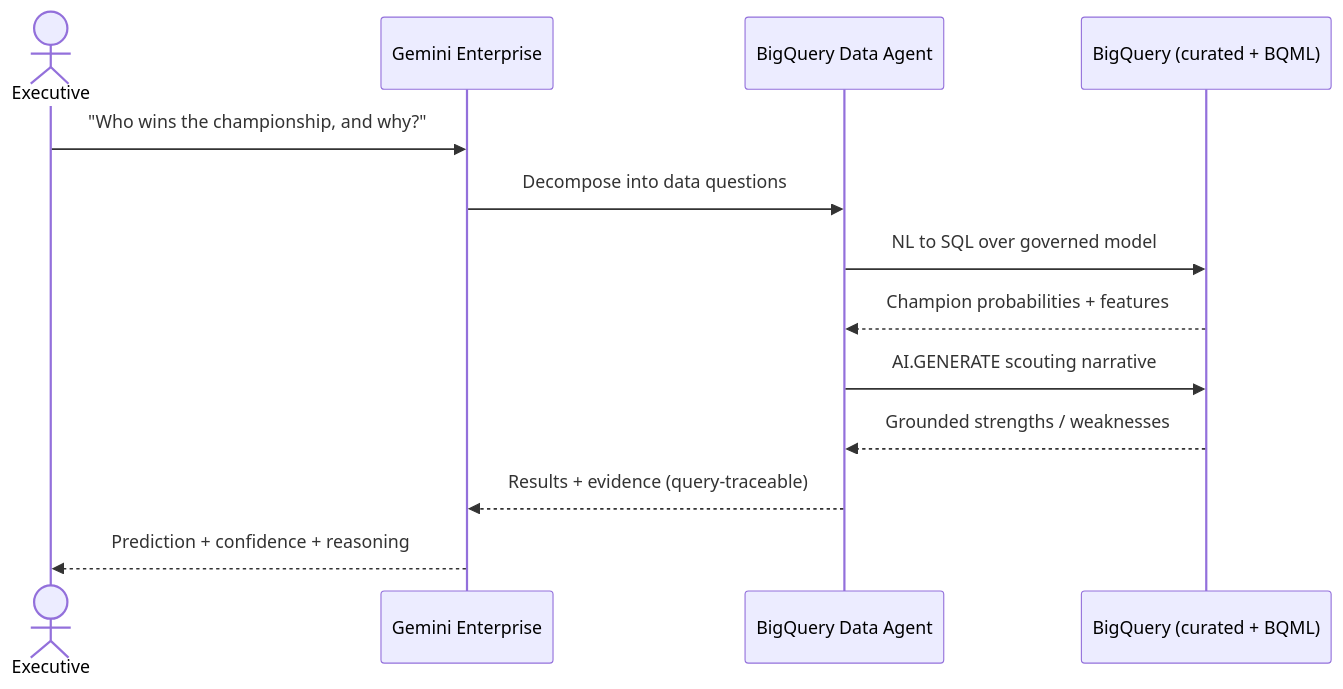
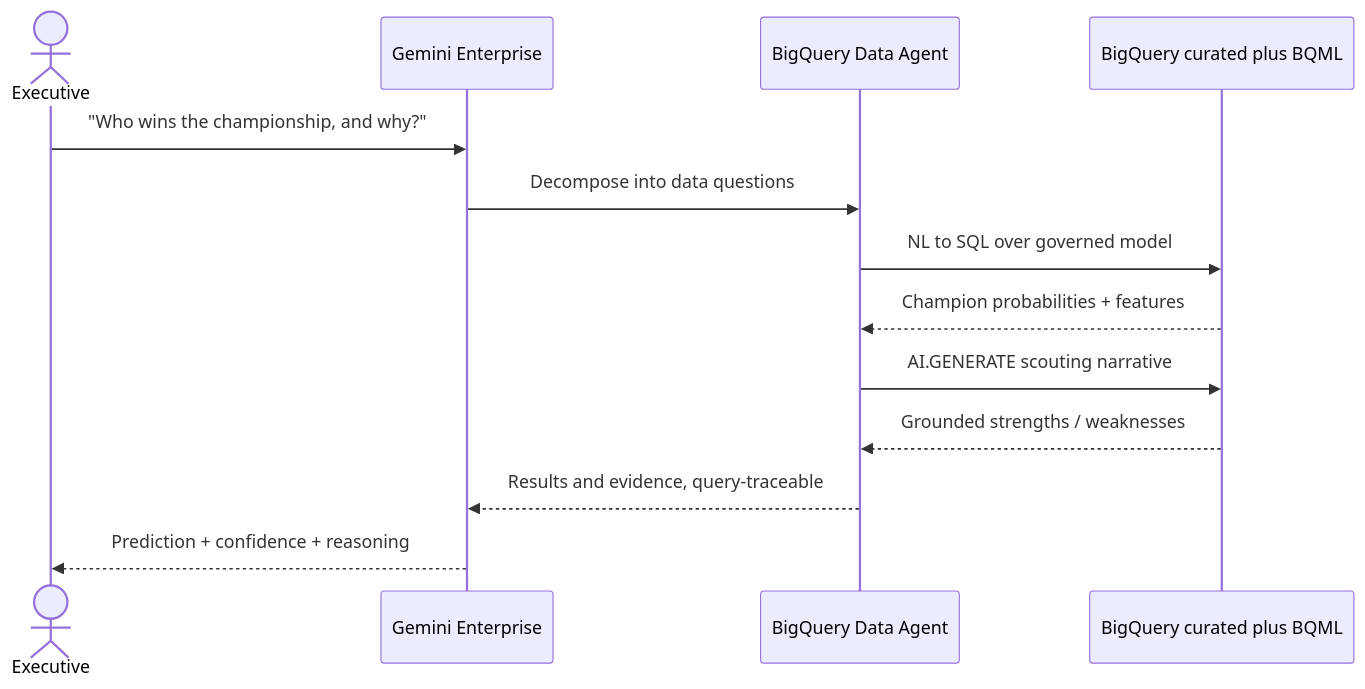
The third of 4 diagrams in docs/agentic_architecture.md (sodafe-01/ncaa-championship-predictor), drawn with Mermaid before and after one commit. The commit also changed other lines of this file and 4 other files, not shown here.

Commit message:
Render agentic architecture diagrams to PNG; fix Mermaid label syntax

````diff
--- a/docs/agentic_architecture.md
+++ b/docs/agentic_architecture.md
@@ -84,16 +84,16 @@
 ```mermaid
 sequenceDiagram
     actor Exec as Executive
     participant Gem as Gemini Enterprise
     participant Agent as BigQuery Data Agent
-    participant BQ as BigQuery (curated + BQML)
+    participant BQ as BigQuery curated plus BQML
 
     Exec->>Gem: "Who wins the championship, and why?"
     Gem->>Agent: Decompose into data questions
     Agent->>BQ: NL to SQL over governed model
     BQ-->>Agent: Champion probabilities + features
     Agent->>BQ: AI.GENERATE scouting narrative
     BQ-->>Agent: Grounded strengths / weaknesses
-    Agent-->>Gem: Results + evidence (query-traceable)
+    Agent-->>Gem: Results and evidence, query-traceable
     Gem-->>Exec: Prediction + confidence + reasoning
 ```
````
